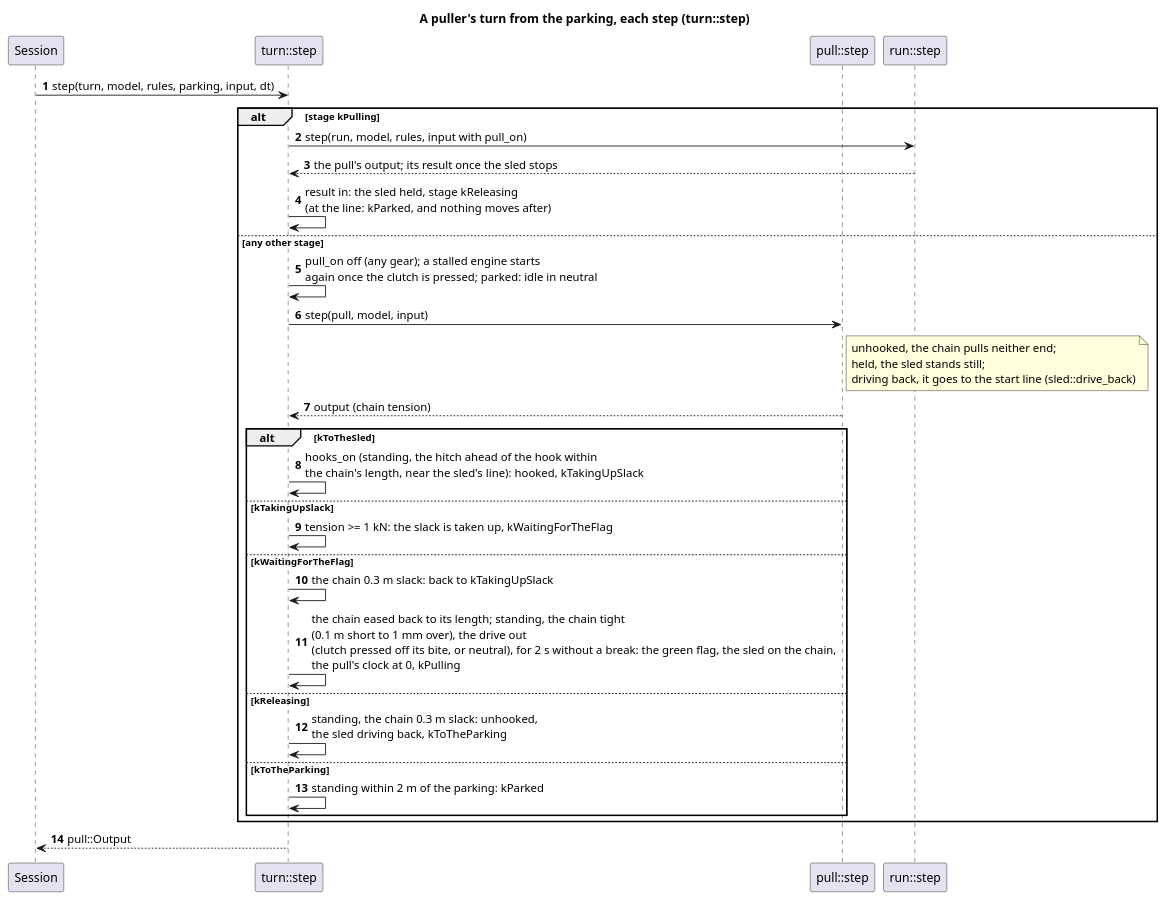
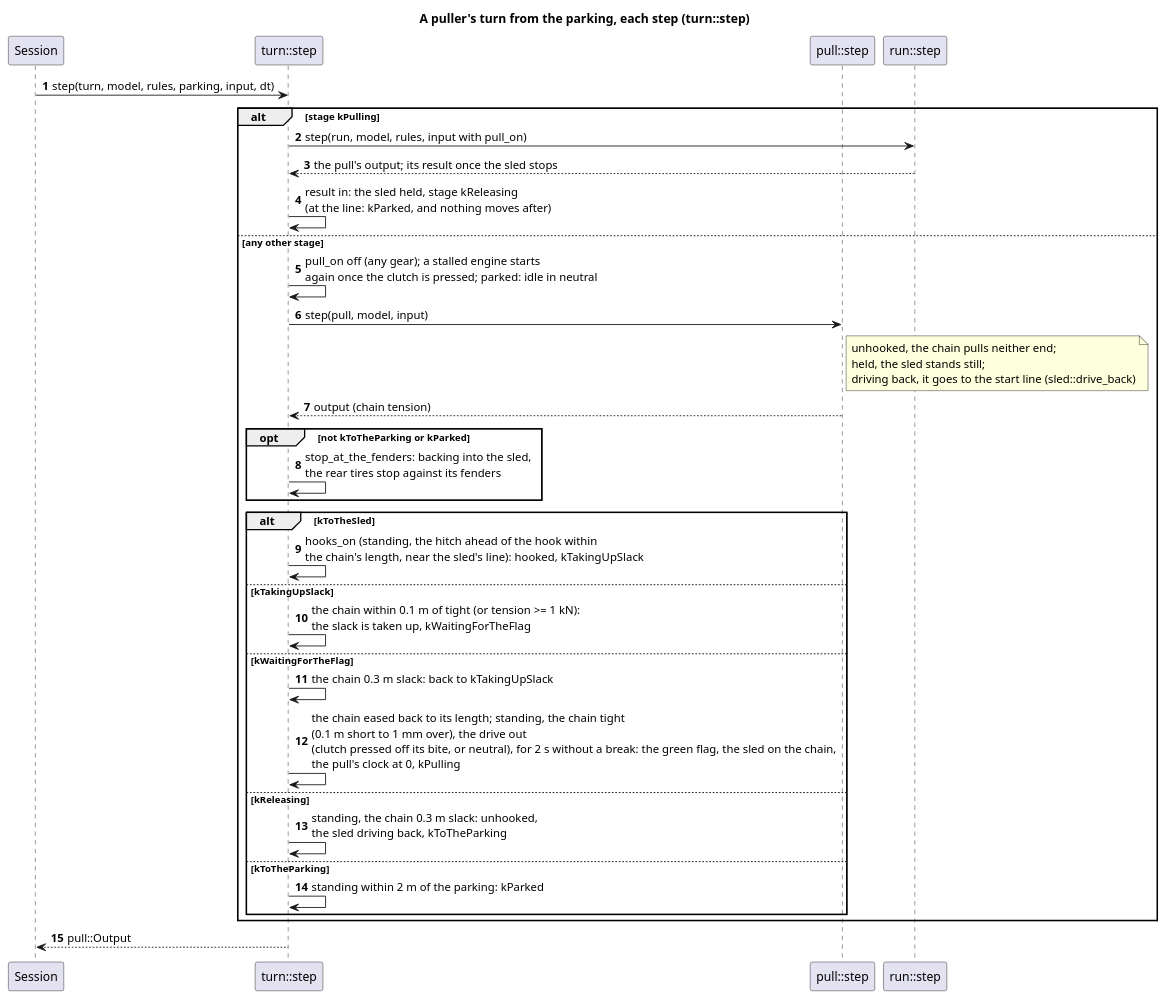
Before and after one commit to wversteeg/TractorPulling: the diagram in docs/diagrams/turn_sequence.puml, drawn with PlantUML. The commit also changed 25 other files, not shown here.

First line of the commit message:
Let a stretched chain roll a tractor with the clutch pressed back, guide taking up the slack

```diff
--- a/docs/diagrams/turn_sequence.puml
+++ b/docs/diagrams/turn_sequence.puml
@@ -1,37 +1,40 @@
 @startuml turn_sequence
 title A puller's turn from the parking, each step (turn::step)
 autonumber
 participant "Session" as Session
 participant "turn::step" as Turn
 participant "pull::step" as Pull
 participant "run::step" as Run
 
 Session -> Turn : step(turn, model, rules, parking, input, dt)
 alt stage kPulling
   Turn -> Run : step(run, model, rules, input with pull_on)
   Run --> Turn : the pull's output; its result once the sled stops
   Turn -> Turn : result in: the sled held, stage kReleasing\n(at the line: kParked, and nothing moves after)
 else any other stage
   Turn -> Turn : pull_on off (any gear); a stalled engine starts\nagain once the clutch is pressed; parked: idle in neutral
   Turn -> Pull : step(pull, model, input)
   note right of Pull
     unhooked, the chain pulls neither end;
     held, the sled stands still;
     driving back, it goes to the start line (sled::drive_back)
   end note
   Pull --> Turn : output (chain tension)
+  opt not kToTheParking or kParked
+    Turn -> Turn : stop_at_the_fenders: backing into the sled,\nthe rear tires stop against its fenders
+  end
   alt kToTheSled
     Turn -> Turn : hooks_on (standing, the hitch ahead of the hook within\nthe chain's length, near the sled's line): hooked, kTakingUpSlack
   else kTakingUpSlack
-    Turn -> Turn : tension >= 1 kN: the slack is taken up, kWaitingForTheFlag
+    Turn -> Turn : the chain within 0.1 m of tight (or tension >= 1 kN):\nthe slack is taken up, kWaitingForTheFlag
   else kWaitingForTheFlag
     Turn -> Turn : the chain 0.3 m slack: back to kTakingUpSlack
     Turn -> Turn : the chain eased back to its length; standing, the chain tight\n(0.1 m short to 1 mm over), the drive out\n(clutch pressed off its bite, or neutral), for 2 s without a break: the green flag, the sled on the chain,\nthe pull's clock at 0, kPulling
   else kReleasing
     Turn -> Turn : standing, the chain 0.3 m slack: unhooked,\nthe sled driving back, kToTheParking
   else kToTheParking
     Turn -> Turn : standing within 2 m of the parking: kParked
   end
 end
 Turn --> Session : pull::Output
 @enduml
```
